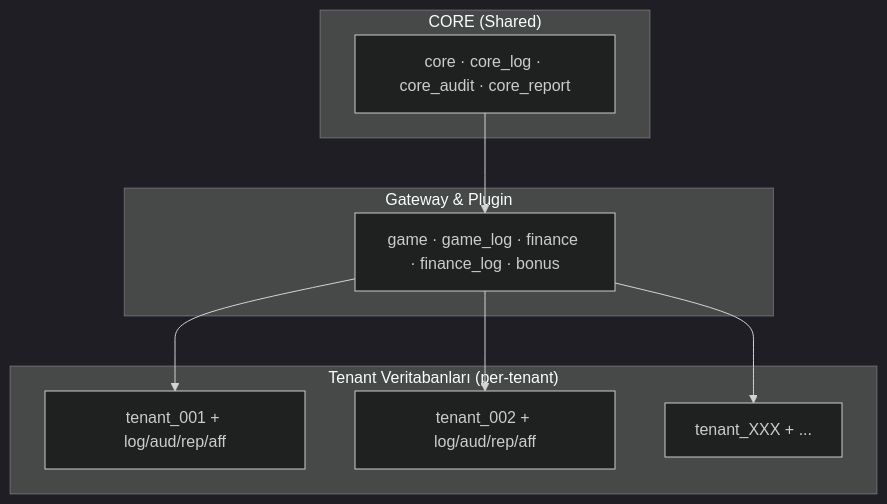
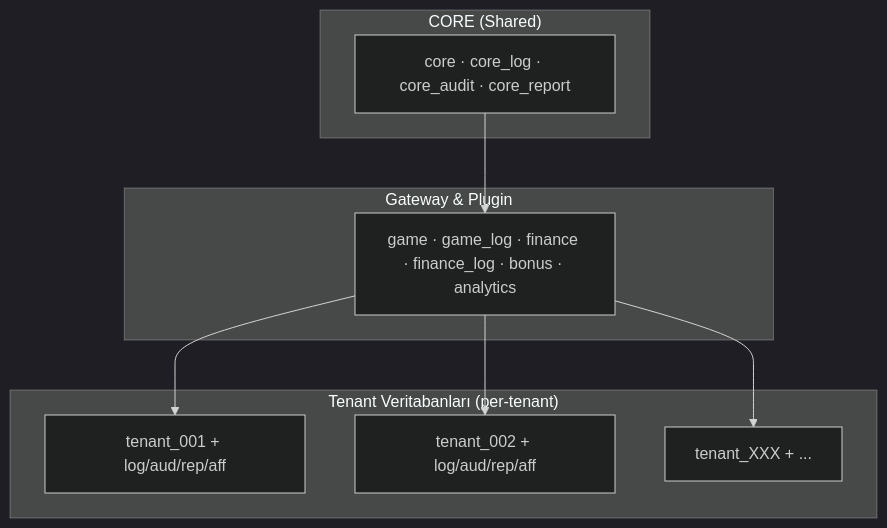
Before and after one commit to frhtshn/One.DB: the diagram in .docs/reference/DATABASE_ARCHITECTURE.md, drawn with Mermaid (dark theme). The commit also changed other lines of this file and 17 other files, not shown here.

````diff
--- a/.docs/reference/DATABASE_ARCHITECTURE.md
+++ b/.docs/reference/DATABASE_ARCHITECTURE.md
@@ -20,18 +20,18 @@
 ```mermaid
 flowchart TD
     subgraph core["CORE (Shared)"]
         CD["core · core_log · core_audit · core_report"]
     end
     subgraph gw["Gateway & Plugin"]
-        GD["game · game_log · finance · finance_log · bonus"]
+        GD["game · game_log · finance · finance_log · bonus · analytics"]
     end
     subgraph tenants["Tenant Veritabanları (per-tenant)"]
         T1["tenant_001 + log/aud/rep/aff"]
         T2["tenant_002 + log/aud/rep/aff"]
         TX["tenant_XXX + ..."]
     end
     CD --> GD
     GD --> T1
     GD --> T2
     GD --> TX
 ```
````
